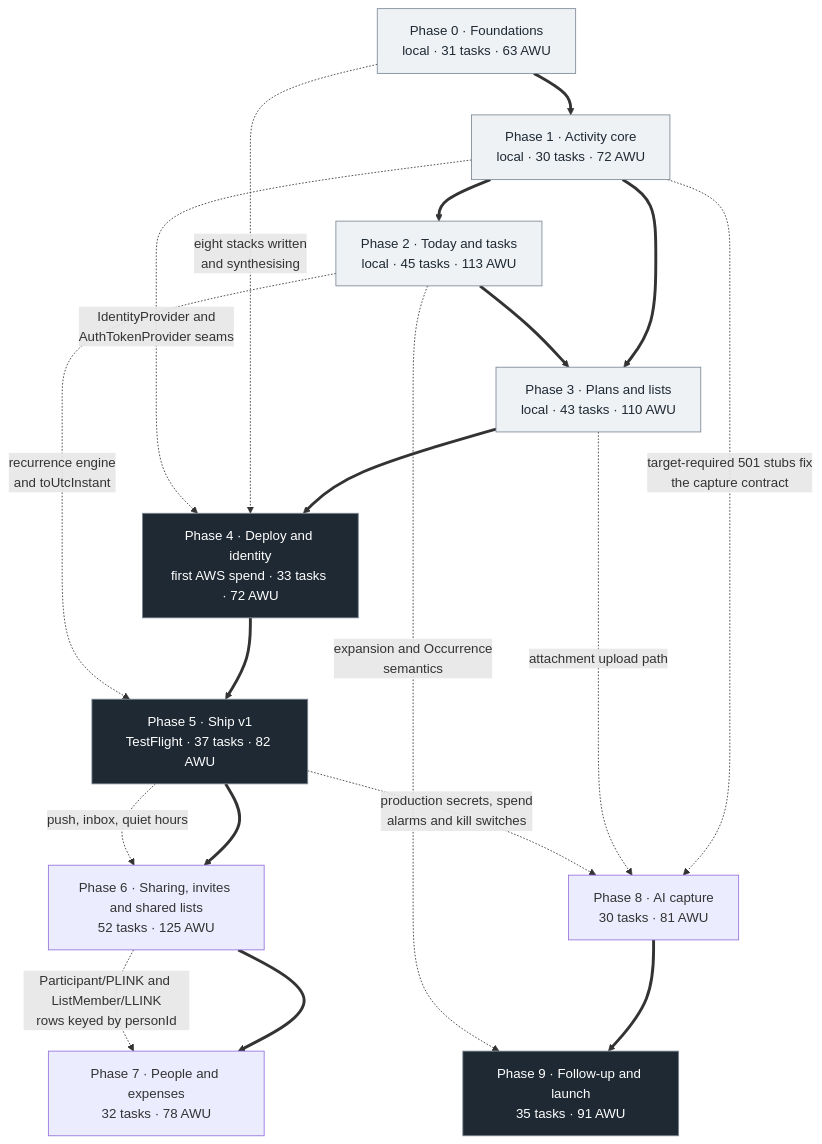
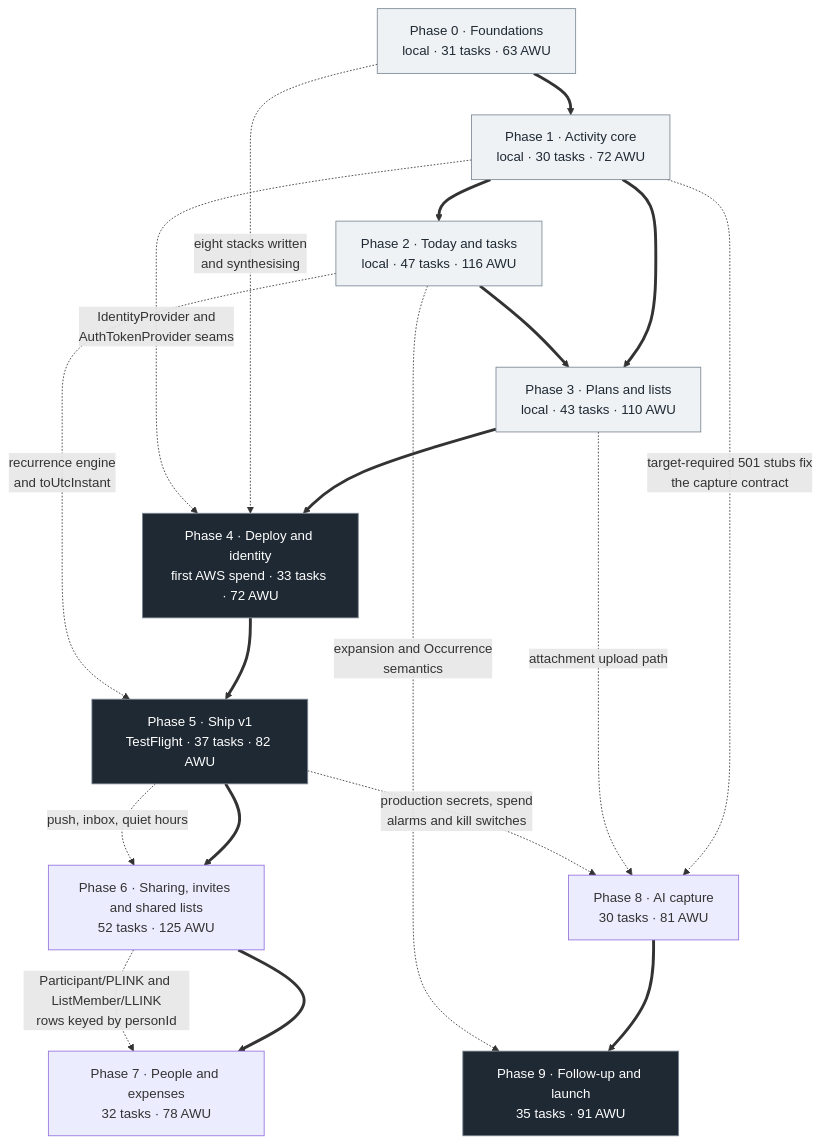
One commit to malikujjwal/ordinarydays changed the diagram in docs/03-implementation/roadmap.md. Above: the diagram before and after it, drawn with Mermaid. The commit also changed other lines of this file and 1 other file, not shown here.

First line of the commit message:
docs(phase-2): add P2-47 and reconcile the phase totals

````diff
--- a/docs/03-implementation/roadmap.md
+++ b/docs/03-implementation/roadmap.md
@@ -243,38 +243,38 @@
 ```mermaid
 graph TD
     P0["Phase 0 · Foundations<br/>local · 31 tasks · 63 AWU"]
     P1["Phase 1 · Activity core<br/>local · 30 tasks · 72 AWU"]
-    P2["Phase 2 · Today and tasks<br/>local · 45 tasks · 113 AWU"]
+    P2["Phase 2 · Today and tasks<br/>local · 47 tasks · 116 AWU"]
     P3["Phase 3 · Plans and lists<br/>local · 43 tasks · 110 AWU"]
     P4["Phase 4 · Deploy and identity<br/>first AWS spend · 33 tasks · 72 AWU"]
     P5["Phase 5 · Ship v1<br/>TestFlight · 37 tasks · 82 AWU"]
     P6["Phase 6 · Sharing, invites and shared lists<br/>52 tasks · 125 AWU"]
     P7["Phase 7 · People and expenses<br/>32 tasks · 78 AWU"]
     P8["Phase 8 · AI capture<br/>30 tasks · 81 AWU"]
     P9["Phase 9 · Follow-up and launch<br/>35 tasks · 91 AWU"]
 
     P0 ==> P1
     P1 ==> P2
     P1 ==> P3
     P2 ==> P3
     P3 ==> P4
     P4 ==> P5
     P5 ==> P6
     P6 ==> P7
     P8 ==> P9
 
     P0 -. "eight stacks written<br/>and synthesising" .-> P4
     P1 -. "IdentityProvider and<br/>AuthTokenProvider seams" .-> P4
     P1 -. "target-required 501 stubs fix<br/>the capture contract" .-> P8
     P2 -. "recurrence engine<br/>and toUtcInstant" .-> P5
     P2 -. "expansion and Occurrence<br/>semantics" .-> P9
     P3 -. "attachment upload path" .-> P8
     P5 -. "production secrets, spend<br/>alarms and kill switches" .-> P8
     P5 -. "push, inbox, quiet hours" .-> P6
     P6 -. "Participant/PLINK and ListMember/LLINK<br/>rows keyed by personId" .-> P7
 
     classDef local fill:#eef2f5,stroke:#7b8794,color:#1f2933
     classDef ship fill:#1f2933,stroke:#7b8794,color:#ffffff
     class P0,P1,P2,P3 local
     class P4,P5,P9 ship
 ```
````
